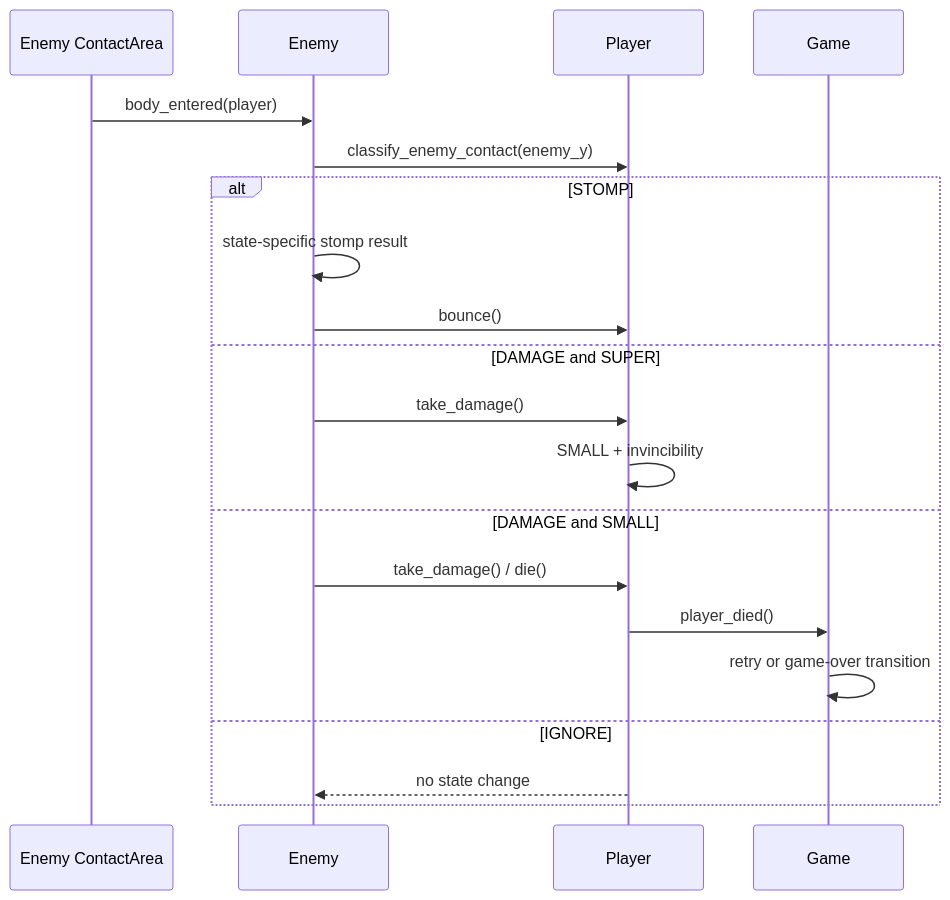
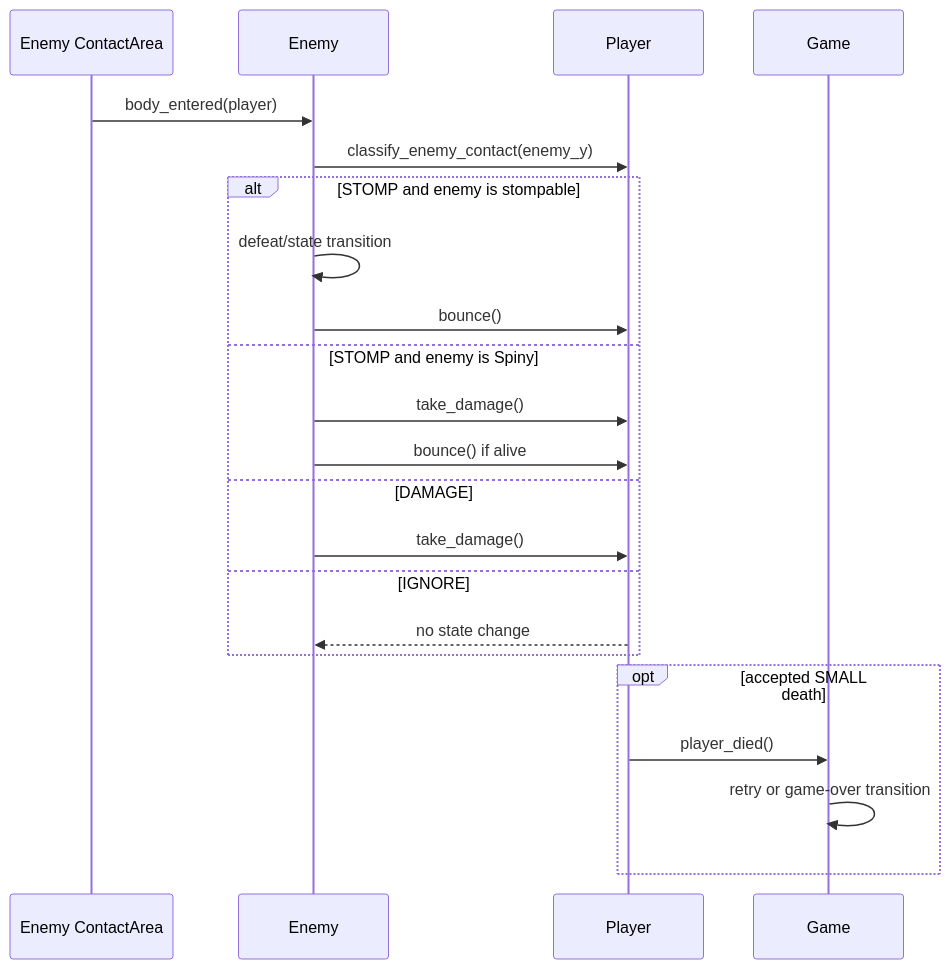
The first of 4 diagrams in docs/design/shared/sequence.md (TE-ToshiakiTanaka2/clown), drawn with Mermaid before and after one commit. The commit also changed other lines of this file and 94 other files, not shown here.

````diff
--- a/docs/design/shared/sequence.md
+++ b/docs/design/shared/sequence.md
@@ -5,22 +5,24 @@
 ```mermaid
 sequenceDiagram
     participant Area as Enemy ContactArea
     participant Enemy
     participant Player
     participant Game
     Area->>Enemy: body_entered(player)
     Enemy->>Player: classify_enemy_contact(enemy_y)
-    alt STOMP
-        Enemy->>Enemy: state-specific stomp result
+    alt STOMP and enemy is stompable
+        Enemy->>Enemy: defeat/state transition
         Enemy->>Player: bounce()
-    else DAMAGE and SUPER
+    else STOMP and enemy is Spiny
         Enemy->>Player: take_damage()
-        Player->>Player: SMALL + invincibility
-    else DAMAGE and SMALL
-        Enemy->>Player: take_damage() / die()
-        Player->>Game: player_died()
-        Game->>Game: retry or game-over transition
+        Enemy->>Player: bounce() if alive
+    else DAMAGE
+        Enemy->>Player: take_damage()
     else IGNORE
         Player-->>Enemy: no state change
     end
+    opt accepted SMALL death
+        Player->>Game: player_died()
+        Game->>Game: retry or game-over transition
+    end
 ```
````
